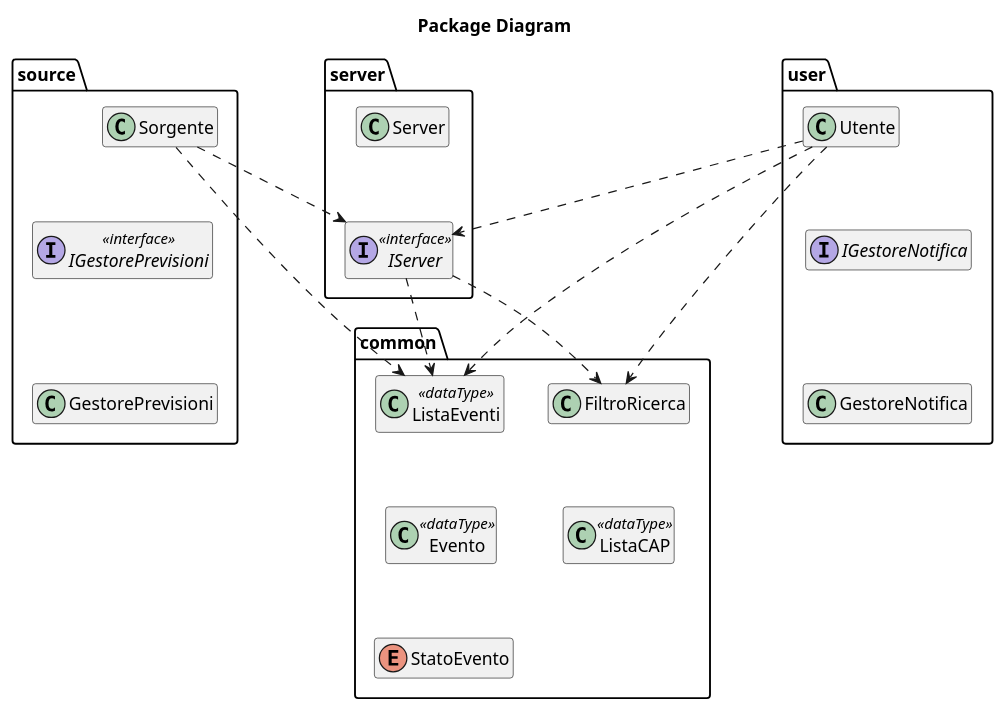
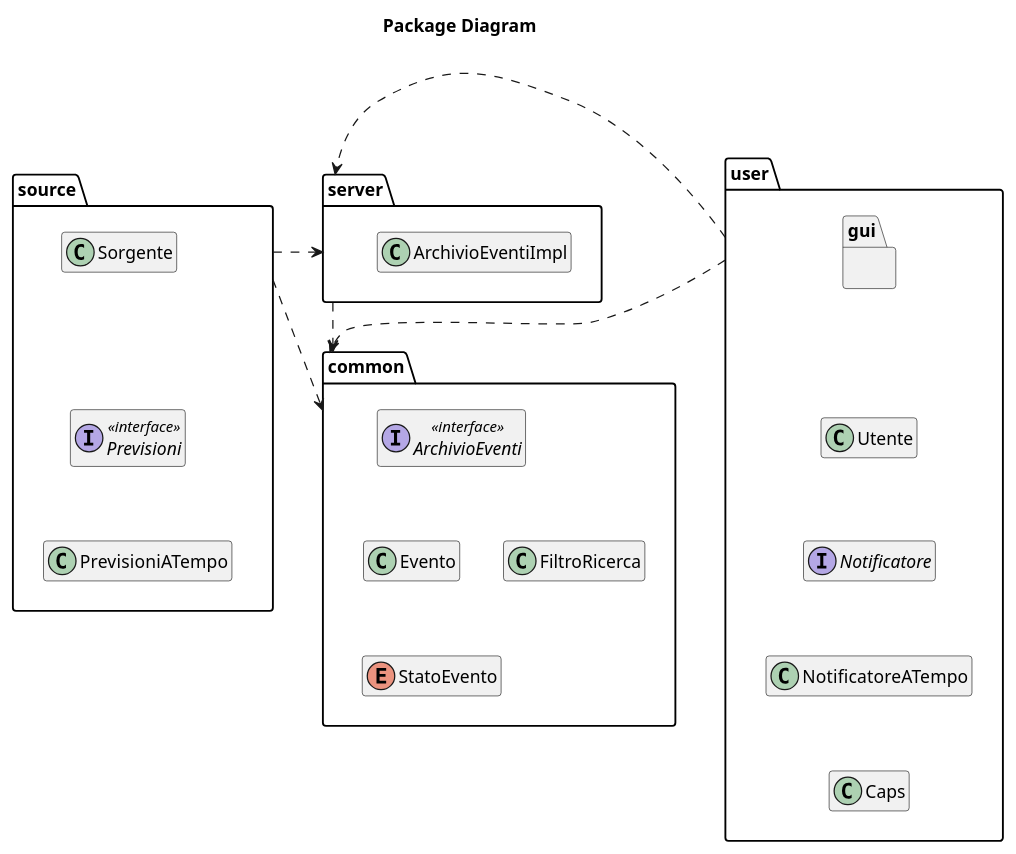
One commit to xFA25E/sweng_14_2019 changed the diagram in UML/src/package.puml. Above: the diagram before and after it, drawn with PlantUML.

Commit message:
package diagram updated

```diff
--- a/UML/src/package.puml
+++ b/UML/src/package.puml
@@ -1,68 +1,63 @@
 @startuml
 title Package Diagram
 package source {
-    interface IGestorePrevisioni<<interface>> 
+    interface Previsioni<<interface>>
 
-    class GestorePrevisioni 
+    class PrevisioniATempo
 
-    class Sorgente 
+    class Sorgente
 
-    Sorgente -[hidden]- IGestorePrevisioni
-    IGestorePrevisioni -[hidden]- GestorePrevisioni
+    Sorgente -[hidden]- Previsioni
+    Previsioni -[hidden]- PrevisioniATempo
 }
 
 package server{
-    interface IServer<<interface>> 
-
-    class Server 
-
-    Server -[hidden]- IServer
+    class ArchivioEventiImpl
 }
 
-Sorgente .> IServer
+package common {
+    interface ArchivioEventi<<interface>>
+
+    enum StatoEvento
+
+    class Evento
+
+    Evento -[hidden]- StatoEvento
+
+    class FiltroRicerca
+
+    ArchivioEventi -[hidden]- Evento
+    Evento -[hidden]> FiltroRicerca
+}
 
 package user {
-    class Utente 
+    class Utente
 
-    interface IGestoreNotifica 
-    
-    class GestoreNotifica 
+    interface Notificatore
 
-    Utente -[hidden]- IGestoreNotifica
-    IGestoreNotifica -[hidden]- GestoreNotifica
+    class NotificatoreATempo
+
+    class Caps
+
+    Utente -[hidden]- Notificatore
+    Notificatore -[hidden]- NotificatoreATempo
+    NotificatoreATempo -[hidden]- Caps
+
+    package gui {
+
+    }
+
+    gui -[hidden]- Utente
 }
 
-Utente ..> IServer
-
-package common {
-
-    enum StatoEvento 
-
-    class Evento<<dataType>> 
-
-    class ListaEventi <<dataType>>
-
-    ListaEventi -[hidden]- Evento
-    Evento -[hidden]- StatoEvento
-
-    class FiltroRicerca 
-
-    class ListaCAP <<dataType>>
-
-    FiltroRicerca -[hidden]- ListaCAP
-}
-
-Sorgente ..> ListaEventi
-IServer ..> ListaEventi
-IServer ..> FiltroRicerca
-Utente ..>  ListaEventi
-Utente ..>  FiltroRicerca
+source .> common
+source .> server
+server ..> common
+user .> common
+user .> server
 
 'Layout only
 hide empty members
 skinparam classAttributeIconSize 0
-ListaEventi -[hidden] FiltroRicerca
-GestorePrevisioni -[hidden]-- StatoEvento
-Server .[hidden].> ListaEventi
-Utente .[hidden].> FiltroRicerca
+Sorgente -[hidden]> StatoEvento
 @enduml
```
